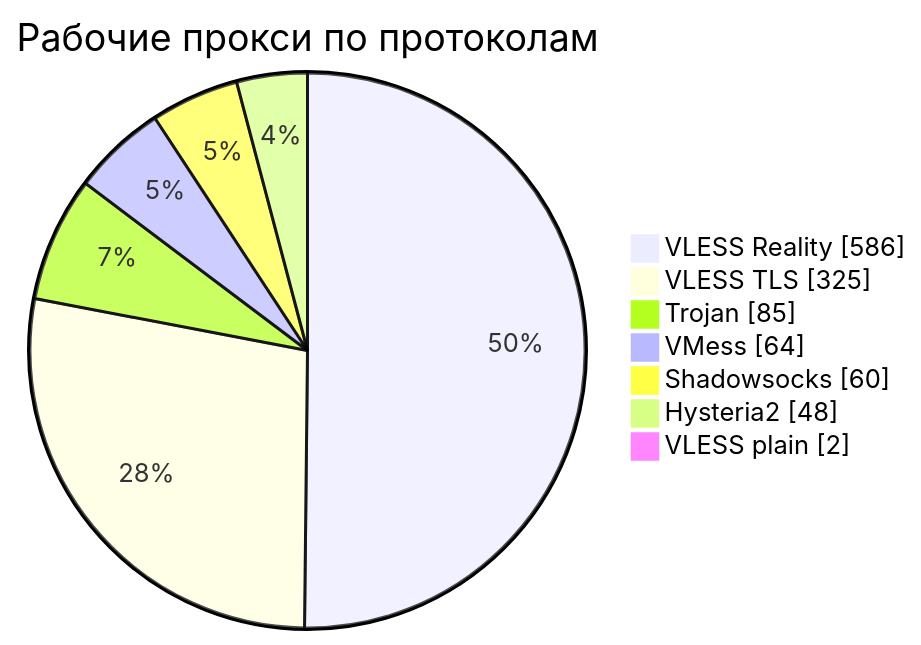
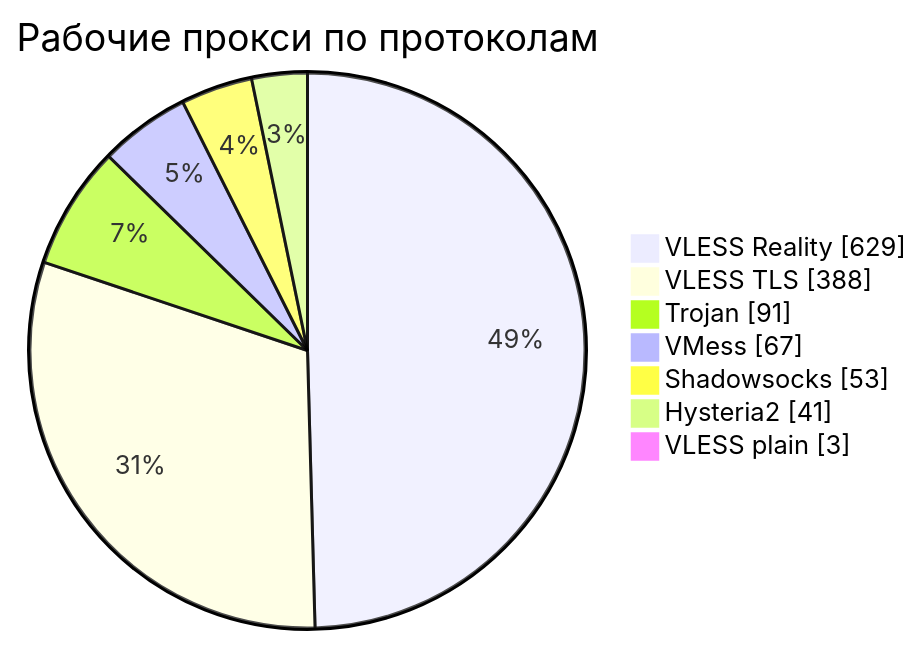
The third of 4 diagrams in README.md (rvvg/proxy-subs), drawn with Mermaid before and after one commit. The commit also changed other lines of this file and 48 other files, not shown here.

````diff
--- a/README.md
+++ b/README.md
@@ -135,11 +138,11 @@
 ```mermaid
 pie showData
     title Рабочие прокси по протоколам
-    "VLESS Reality" : 586
-    "VLESS TLS" : 325
-    "Trojan" : 85
-    "VMess" : 64
-    "Shadowsocks" : 60
-    "Hysteria2" : 48
-    "VLESS plain" : 2
+    "VLESS Reality" : 629
+    "VLESS TLS" : 388
+    "Trojan" : 91
+    "VMess" : 67
+    "Shadowsocks" : 53
+    "Hysteria2" : 41
+    "VLESS plain" : 3
 ```
````
